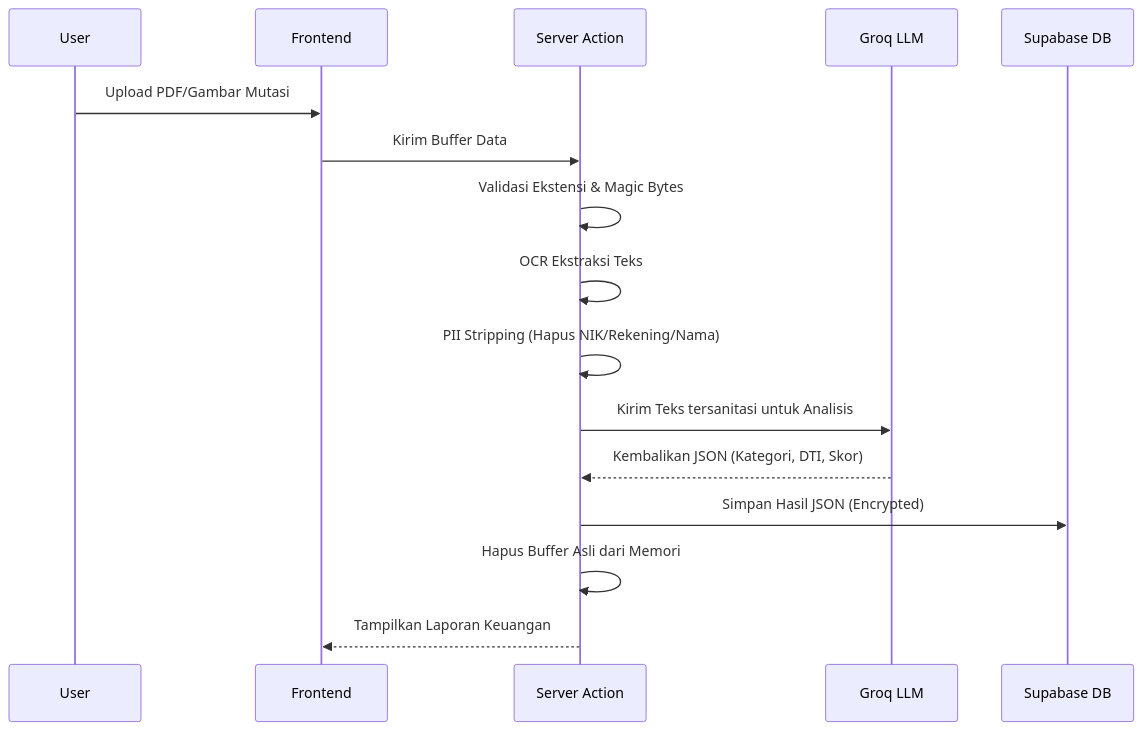
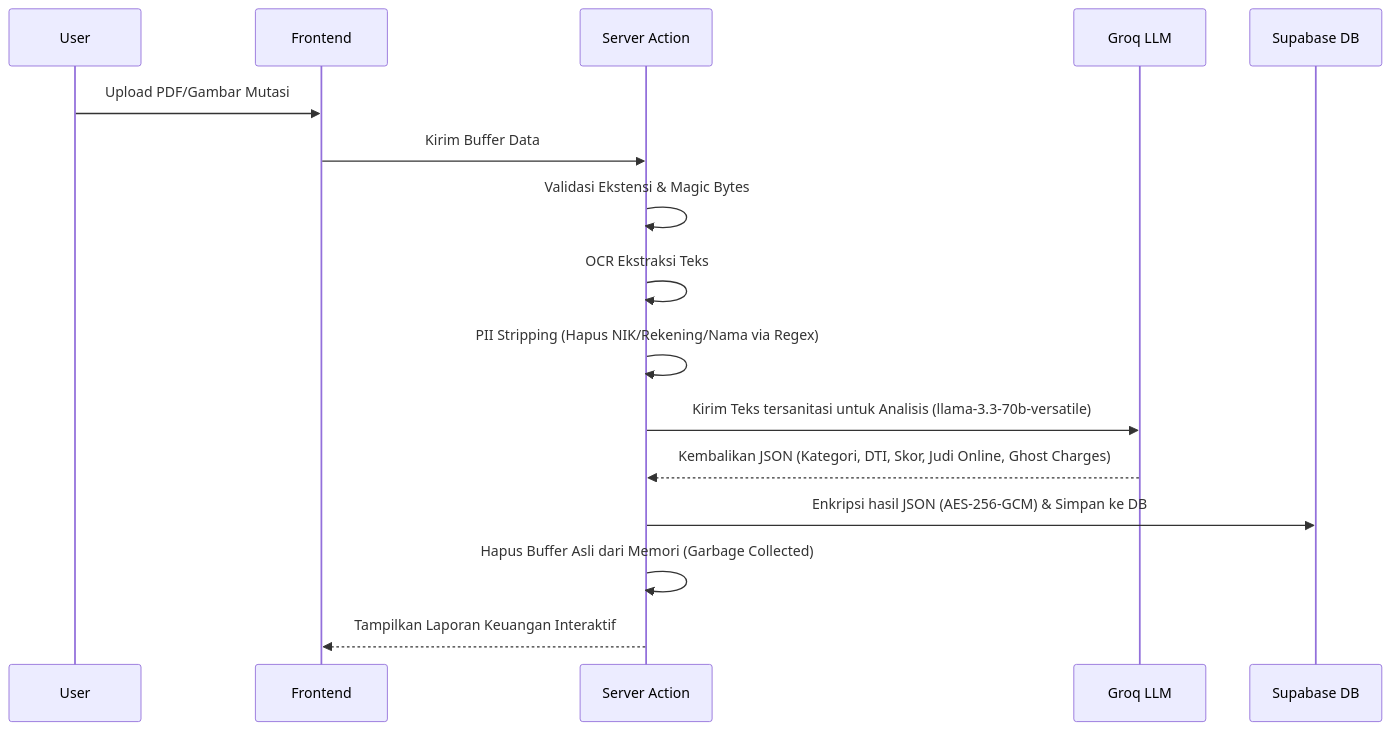
Before and after one commit to kazanaruishere-max/SafeWallet: the second of 16 diagrams in README.md, drawn with Mermaid. The commit also changed other lines of this file, not shown here.

Commit message:
docs: expand README.md with detailed high-level architecture and comprehensive Mermaid workflows for all 6 features

````diff
--- a/README.md
+++ b/README.md
@@ -94,19 +101,19 @@
 ```mermaid
 sequenceDiagram
     participant U as User
     participant F as Frontend
     participant S as Server Action
     participant AI as Groq LLM
     participant DB as Supabase DB
 
     U->>F: Upload PDF/Gambar Mutasi
     F->>S: Kirim Buffer Data
     S->>S: Validasi Ekstensi & Magic Bytes
     S->>S: OCR Ekstraksi Teks
-    S->>S: PII Stripping (Hapus NIK/Rekening/Nama)
-    S->>AI: Kirim Teks tersanitasi untuk Analisis
-    AI-->>S: Kembalikan JSON (Kategori, DTI, Skor)
-    S->>DB: Simpan Hasil JSON (Encrypted)
-    S->>S: Hapus Buffer Asli dari Memori
-    S-->>F: Tampilkan Laporan Keuangan
+    S->>S: PII Stripping (Hapus NIK/Rekening/Nama via Regex)
+    S->>AI: Kirim Teks tersanitasi untuk Analisis (llama-3.3-70b-versatile)
+    AI-->>S: Kembalikan JSON (Kategori, DTI, Skor, Judi Online, Ghost Charges)
+    S->>DB: Enkripsi hasil JSON (AES-256-GCM) & Simpan ke DB
+    S->>S: Hapus Buffer Asli dari Memori (Garbage Collected)
+    S-->>F: Tampilkan Laporan Keuangan Interaktif
 ```
````
